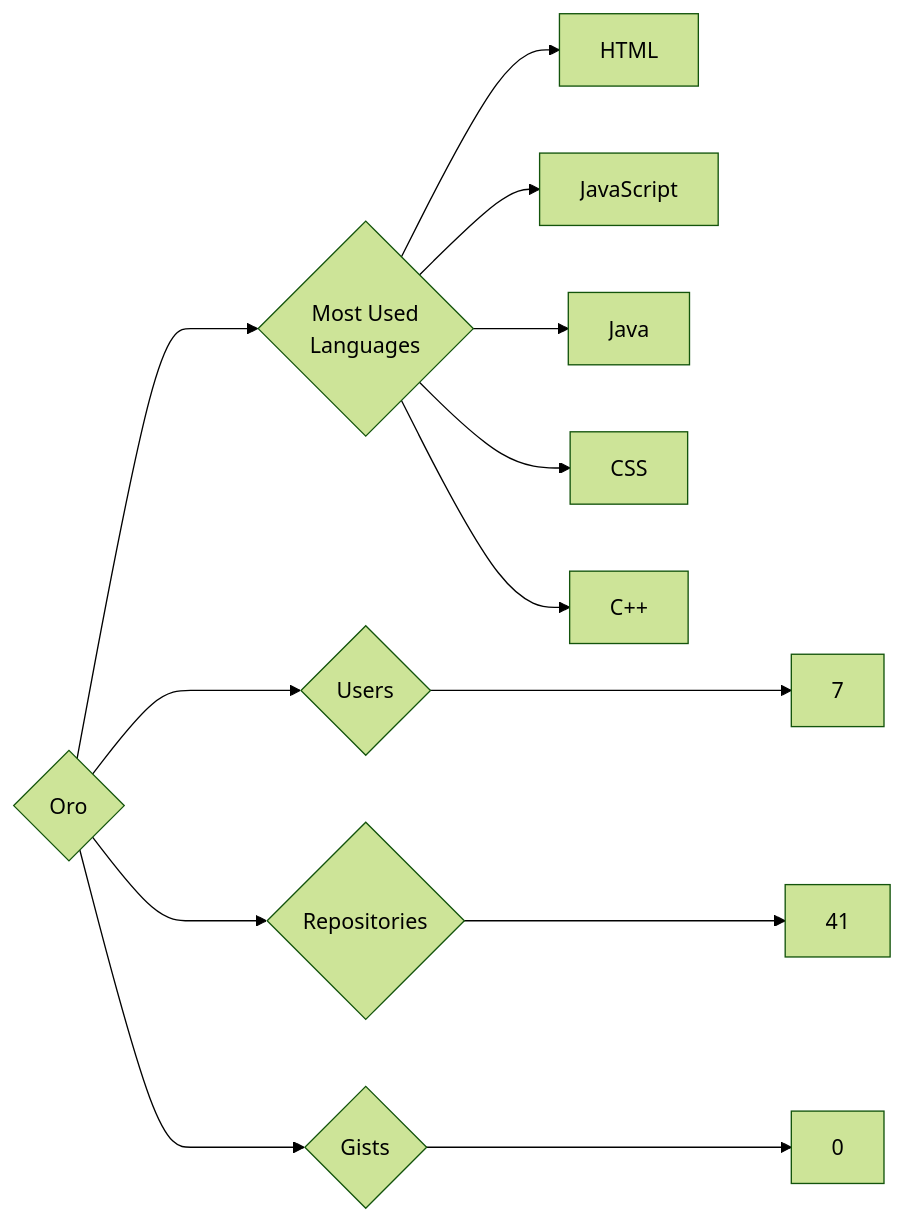
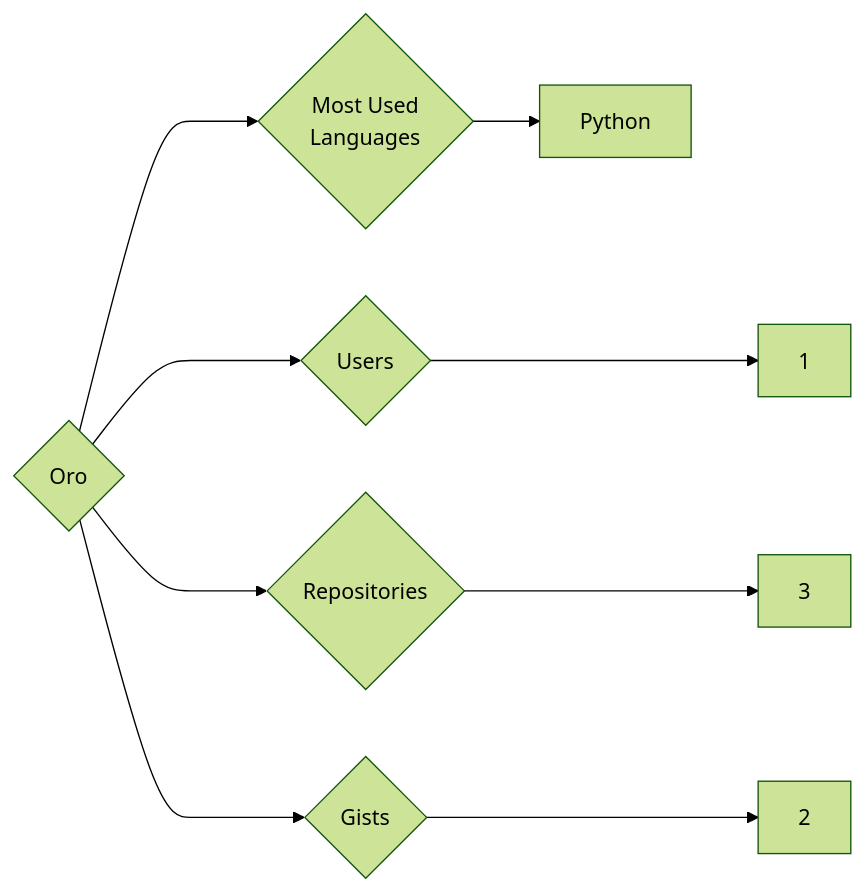
Before and after one commit to trickest/insiders: the diagram in targets/Oro/README.md, drawn with Mermaid (forest theme). The commit also changed 940 other files, not shown here.

````diff
--- a/targets/Oro/README.md
+++ b/targets/Oro/README.md
@@ -3,13 +3,9 @@
 ```mermaid
 graph LR
 COMPANY_NAME{Oro}
-COMPANY_NAME ---> U{Users} ---> UN[7]
-COMPANY_NAME ---> R{Repositories} ---> RN[41]
-COMPANY_NAME ---> G{Gists} ---> GN[0]
+COMPANY_NAME ---> U{Users} ---> UN[1]
+COMPANY_NAME ---> R{Repositories} ---> RN[3]
+COMPANY_NAME ---> G{Gists} ---> GN[2]
 COMPANY_NAME ---> ML{Most Used<br>Languages}
-ML --> HTML
-ML --> JavaScript
-ML --> Java
-ML --> CSS
-ML --> C++
+ML --> Python[Python]
 ```
````
